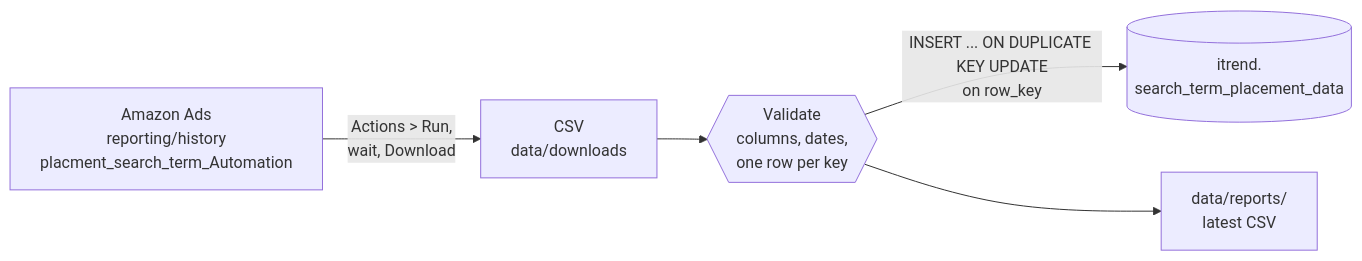
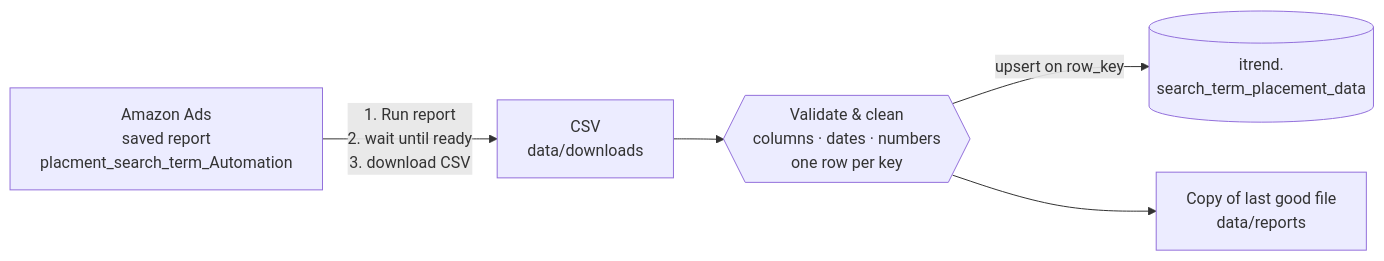
One commit to automationitrendsolution/Amazon_ad_placement_search_term changed the diagram in README.md. Above: the diagram before and after it, drawn with Mermaid. The commit also changed other lines of this file and 1 other file, not shown here.

````diff
--- a/README.md
+++ b/README.md
@@ -33,7 +34,7 @@
 ```mermaid
 flowchart LR
-    A["Amazon Ads<br/>reporting/history<br/>placment_search_term_Automation"] -->|"Actions > Run,<br/>wait, Download"| C["CSV<br/>data/downloads"]
-    C --> V{{"Validate<br/>columns, dates,<br/>one row per key"}}
-    V -->|"INSERT ... ON DUPLICATE KEY UPDATE<br/>on row_key"| T[("itrend.<br/>search_term_placement_data")]
-    V --> R["data/reports/<br/>latest CSV"]
+    A["Amazon Ads<br/>saved report<br/>placment_search_term_Automation"] -->|"1. Run report<br/>2. wait until ready<br/>3. download CSV"| B["CSV<br/>data/downloads"]
+    B --> C{{"Validate & clean<br/>columns · dates · numbers<br/>one row per key"}}
+    C -->|"upsert on row_key"| D[("itrend.<br/>search_term_placement_data")]
+    C --> E["Copy of last good file<br/>data/reports"]
 ```
````
